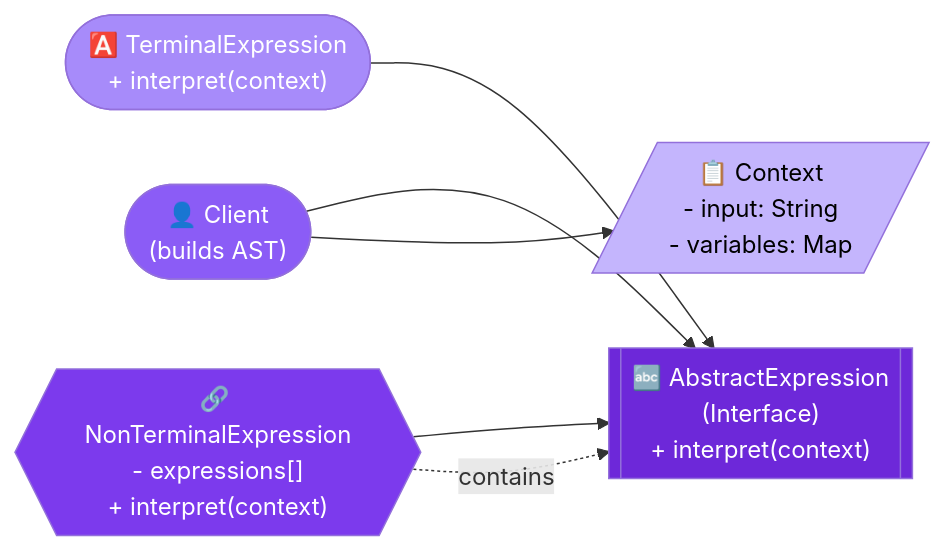
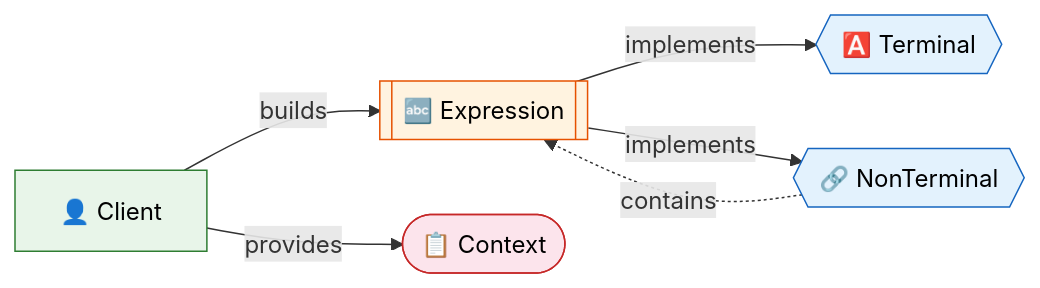
Before and after one commit to saivamsikaruturi/vamsilabs-dev-notes-main: the second of 3 diagrams in docs/designpatterns/behaviouralDesignPatterns/Interpreter.md, drawn with Mermaid. The commit also changed other lines of this file and 42 other files, not shown here.

````diff
--- a/docs/designpatterns/behaviouralDesignPatterns/Interpreter.md
+++ b/docs/designpatterns/behaviouralDesignPatterns/Interpreter.md
@@ -29,20 +30,14 @@
 ```mermaid
 flowchart LR
-    Context[/"📋 Context\n- input: String\n- variables: Map"/]
-    AbstractExpression[["🔤 AbstractExpression\n(Interface)\n+ interpret(context)"]]
-    TerminalExpression(["🅰️ TerminalExpression\n+ interpret(context)"])
-    NonTerminalExpression{{"🔗 NonTerminalExpression\n- expressions[]\n+ interpret(context)"}}
-    Client(["👤 Client\n(builds AST)"])
+    Client["👤 Client"] -->|"builds"| Expr[["🔤 Expression"]]
+    Client -->|"provides"| Context(["📋 Context"])
+    Expr -->|"implements"| Terminal{{"🅰️ Terminal"}}
+    Expr -->|"implements"| NonTerminal{{"🔗 NonTerminal"}}
+    NonTerminal -.->|"contains"| Expr
 
-    Client --> AbstractExpression
-    Client --> Context
-    TerminalExpression --> AbstractExpression
-    NonTerminalExpression --> AbstractExpression
-    NonTerminalExpression -.->|"contains"| AbstractExpression
-
-    style Context fill:#c4b5fd,color:#000
-    style AbstractExpression fill:#6d28d9,color:#fff
-    style TerminalExpression fill:#a78bfa,color:#fff
-    style NonTerminalExpression fill:#7c3aed,color:#fff
-    style Client fill:#8b5cf6,color:#fff
+    style Client fill:#E8F5E9,stroke:#2E7D32,color:#000
+    style Expr fill:#FFF3E0,stroke:#E65100,color:#000
+    style Context fill:#FCE4EC,stroke:#C62828,color:#000
+    style Terminal fill:#E3F2FD,stroke:#1565C0,color:#000
+    style NonTerminal fill:#E3F2FD,stroke:#1565C0,color:#000
 ```
````
